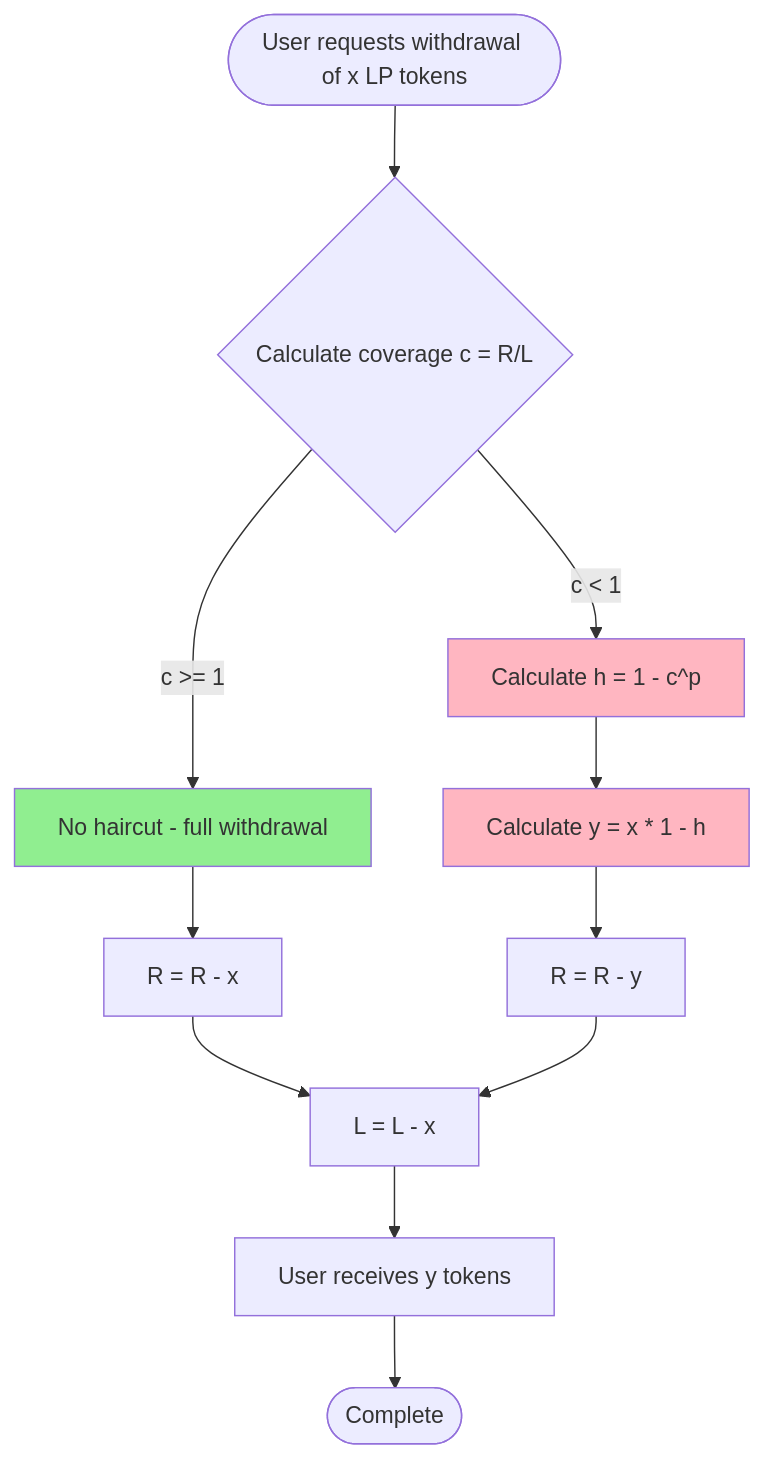
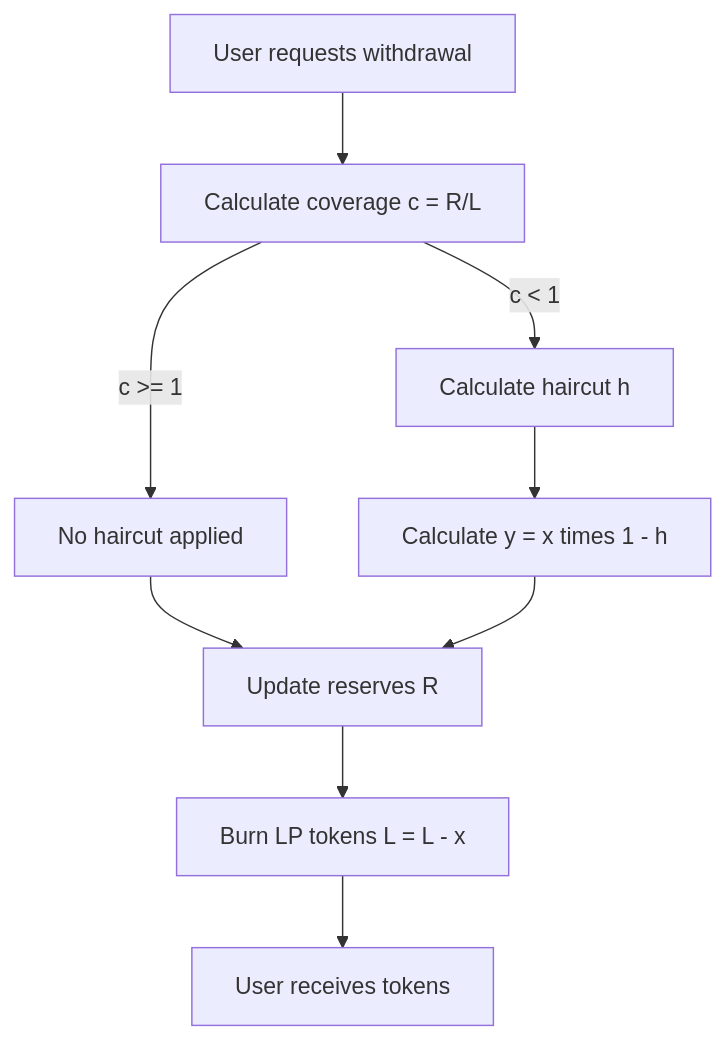
The second of 3 diagrams in docs/1. AIMM/1.1. Pricing/1.1.1. Inventory Management.md (btr-protocol/dex), drawn with Mermaid before and after one commit. The commit also changed other lines of this file and 27 other files, not shown here.

````diff
--- a/docs/1. AIMM/1.1. Pricing/1.1.1. Inventory Management.md
+++ b/docs/1. AIMM/1.1. Pricing/1.1.1. Inventory Management.md
@@ -226,20 +180,11 @@
 ```mermaid
 graph TD
-    Start([User requests withdrawal of x LP tokens]) --> CalcC{Calculate coverage c = R/L}
-    CalcC -->|c >= 1| NoHaircut[No haircut - full withdrawal]
-    CalcC -->|c < 1| CalcH[Calculate h = 1 - c^p]
-
-    NoHaircut --> UpdateR[R = R - x]
-    CalcH --> CalcY[Calculate y = x * 1 - h]
-
-    CalcY --> UpdateR2[R = R - y]
-    UpdateR --> UpdateL[L = L - x]
-    UpdateR2 --> UpdateL
-
-    UpdateL --> Receive[User receives y tokens]
-    Receive --> End([Complete])
-
-    style CalcH fill:#FFB6C1
-    style CalcY fill:#FFB6C1
-    style NoHaircut fill:#90EE90
+    Start[User requests withdrawal] --> CalcC[Calculate coverage c = R/L]
+    CalcC -->|c >= 1| NoHaircut[No haircut applied]
+    CalcC -->|c < 1| CalcH[Calculate haircut h]
+    NoHaircut --> UpdateR[Update reserves R]
+    CalcH --> CalcY[Calculate y = x times 1 - h]
+    CalcY --> UpdateR
+    UpdateR --> UpdateL[Burn LP tokens L = L - x]
+    UpdateL --> Receive[User receives tokens]
 ```
````
